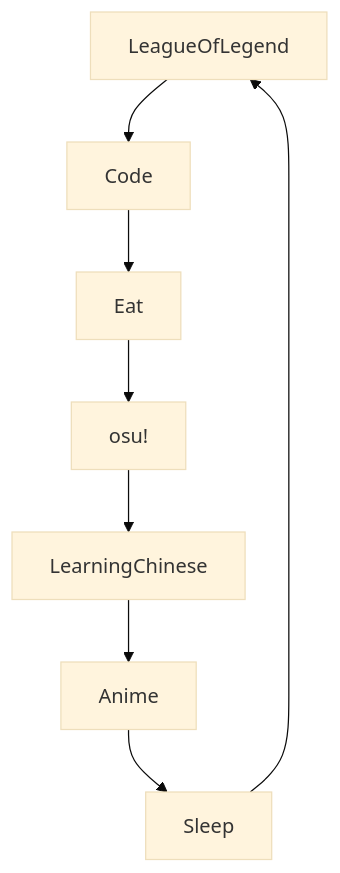
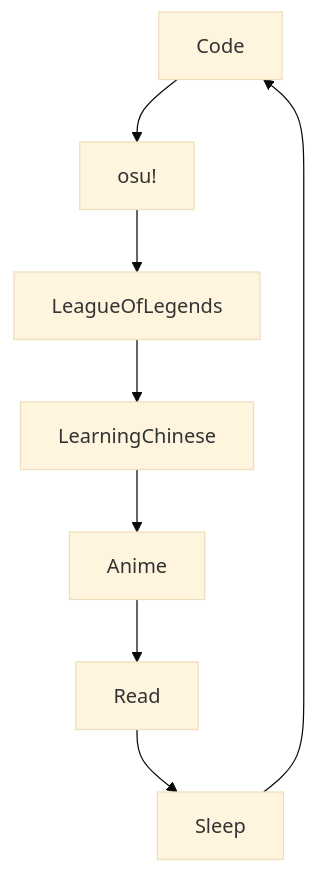
The diagram in README.md (Yalcael/Yalcael), drawn with Mermaid (base theme) before and after one commit. The commit also changed other lines of this file, not shown here.

````diff
--- a/README.md
+++ b/README.md
@@ -7,10 +6,10 @@
 ```mermaid
   graph TD;
-      LeagueOfLegend-->Code;
-      Code-->Eat;
-      Eat-->osu!;
-      osu!-->LearningChinese;
+      Code-->osu!;
+      osu!-->LeagueOfLegends;
+      LeagueOfLegends-->LearningChinese;
       LearningChinese-->Anime;
-      Anime-->Sleep;
-      Sleep-->LeagueOfLegend;
+      Anime-->Read;
+      Read-->Sleep;
+      Sleep-->Code;
 ```
````
